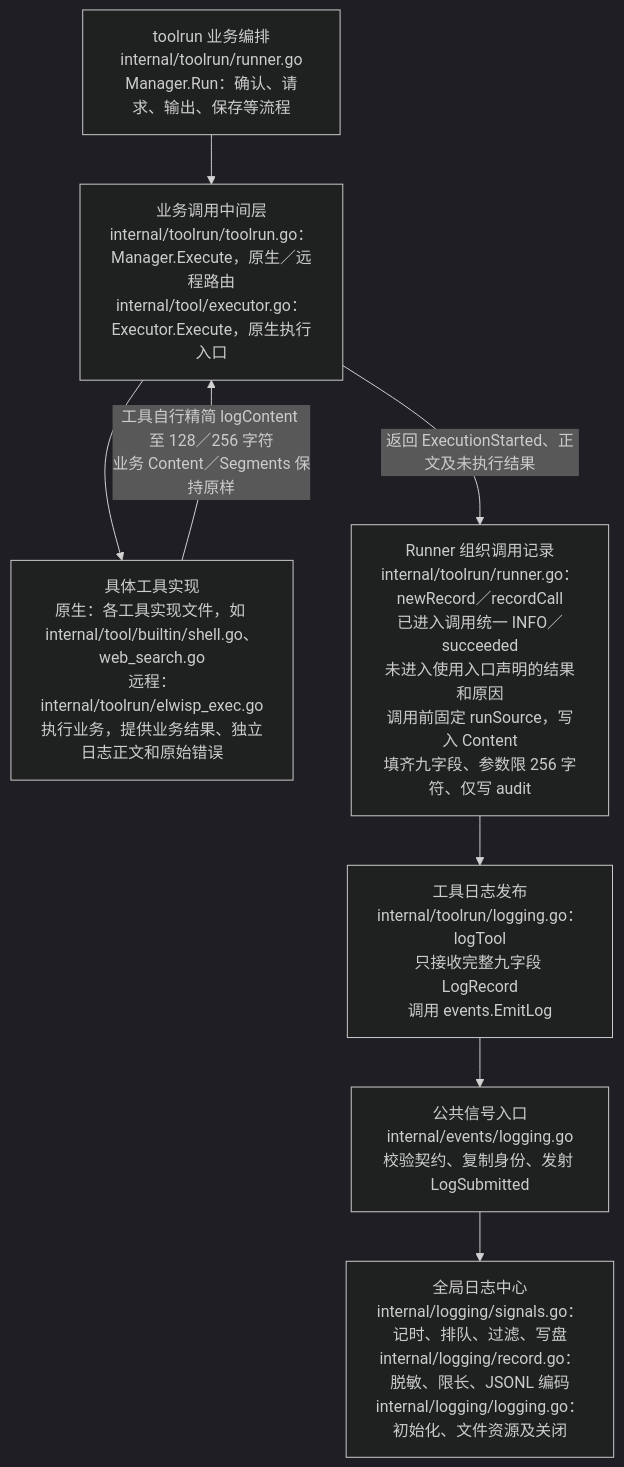
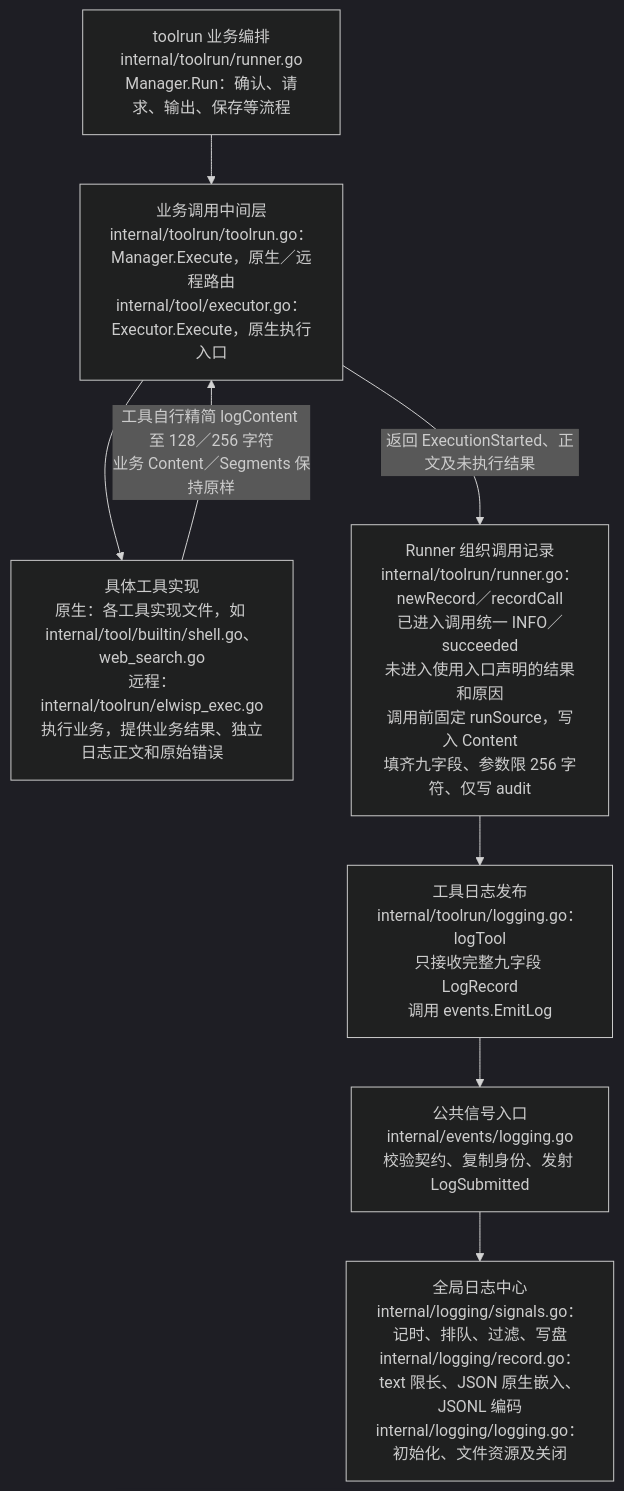
Before and after one commit to Elflare/elbot: the third of 5 diagrams in devdocs/signals-and-logging.md, drawn with Mermaid (dark theme). The commit also changed other lines of this file and 20 other files, not shown here.

````diff
--- a/devdocs/signals-and-logging.md
+++ b/devdocs/signals-and-logging.md
@@ -590,11 +589,11 @@
 ```mermaid
 flowchart TD
     A["toolrun 业务编排<br/>internal/toolrun/runner.go<br/>Manager.Run：确认、请求、输出、保存等流程"]
     A --> B["业务调用中间层<br/>internal/toolrun/toolrun.go：Manager.Execute，原生／远程路由<br/>internal/tool/executor.go：Executor.Execute，原生执行入口"]
     B --> C["具体工具实现<br/>原生：各工具实现文件，如 internal/tool/builtin/shell.go、web_search.go<br/>远程：internal/toolrun/elwisp_exec.go<br/>执行业务，提供业务结果、独立日志正文和原始错误"]
     C -->|"工具自行精简 logContent 至 128／256 字符<br/>业务 Content／Segments 保持原样"| B
     B -->|"返回 ExecutionStarted、正文及未执行结果"| D["Runner 组织调用记录<br/>internal/toolrun/runner.go：newRecord／recordCall<br/>已进入调用统一 INFO／succeeded<br/>未进入使用入口声明的结果和原因<br/>调用前固定 runSource，写入 Content<br/>填齐九字段、参数限 256 字符、仅写 audit"]
     D --> E["工具日志发布<br/>internal/toolrun/logging.go：logTool<br/>只接收完整九字段 LogRecord<br/>调用 events.EmitLog"]
     E --> S["公共信号入口<br/>internal/events/logging.go<br/>校验契约、复制身份、发射 LogSubmitted"]
-    S --> F["全局日志中心<br/>internal/logging/signals.go：记时、排队、过滤、写盘<br/>internal/logging/record.go：脱敏、限长、JSONL 编码<br/>internal/logging/logging.go：初始化、文件资源及关闭"]
+    S --> F["全局日志中心<br/>internal/logging/signals.go：记时、排队、过滤、写盘<br/>internal/logging/record.go：text 限长、JSON 原生嵌入、JSONL 编码<br/>internal/logging/logging.go：初始化、文件资源及关闭"]
 ```
````
